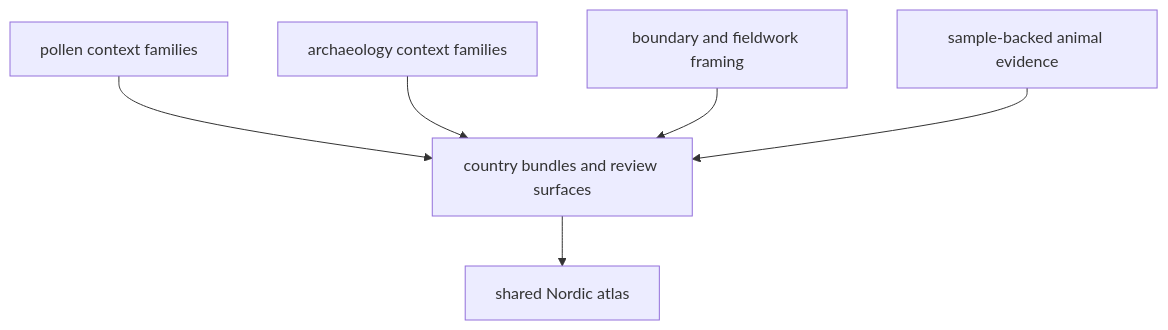
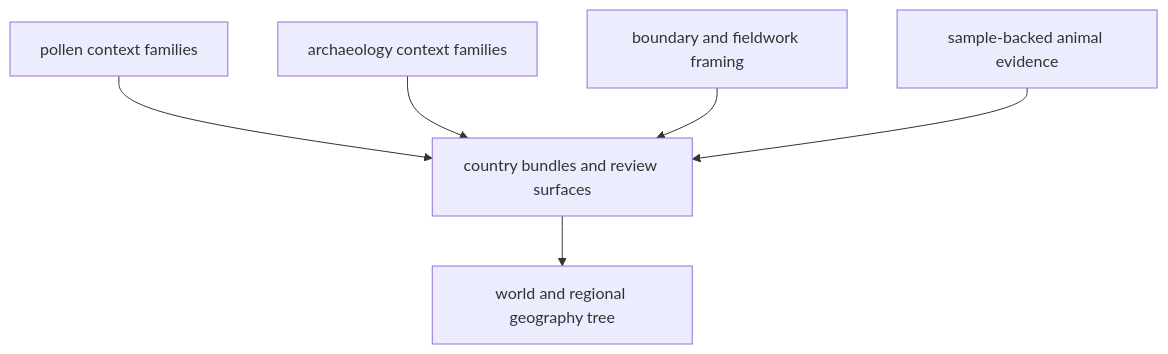
Before and after one commit to bijux/bijux-pollenomics: the diagram in docs/02-bijux-pollenomics-data/overview/pollenomics-publication-model.md, drawn with Mermaid. The commit also changed 20 other files, not shown here.

````diff
--- a/docs/02-bijux-pollenomics-data/overview/pollenomics-publication-model.md
+++ b/docs/02-bijux-pollenomics-data/overview/pollenomics-publication-model.md
@@ -19,15 +19,15 @@
 ```mermaid
 flowchart TB
     pollen["pollen context families"]
     archaeology["archaeology context families"]
     framing["boundary and fieldwork framing"]
     samples["sample-backed animal evidence"]
     reports["country bundles and review surfaces"]
-    atlas["shared Nordic atlas"]
+    atlas["world and regional geography tree"]
 
     pollen --> reports
     archaeology --> reports
     framing --> reports
     samples --> reports
     reports --> atlas
 ```
````
